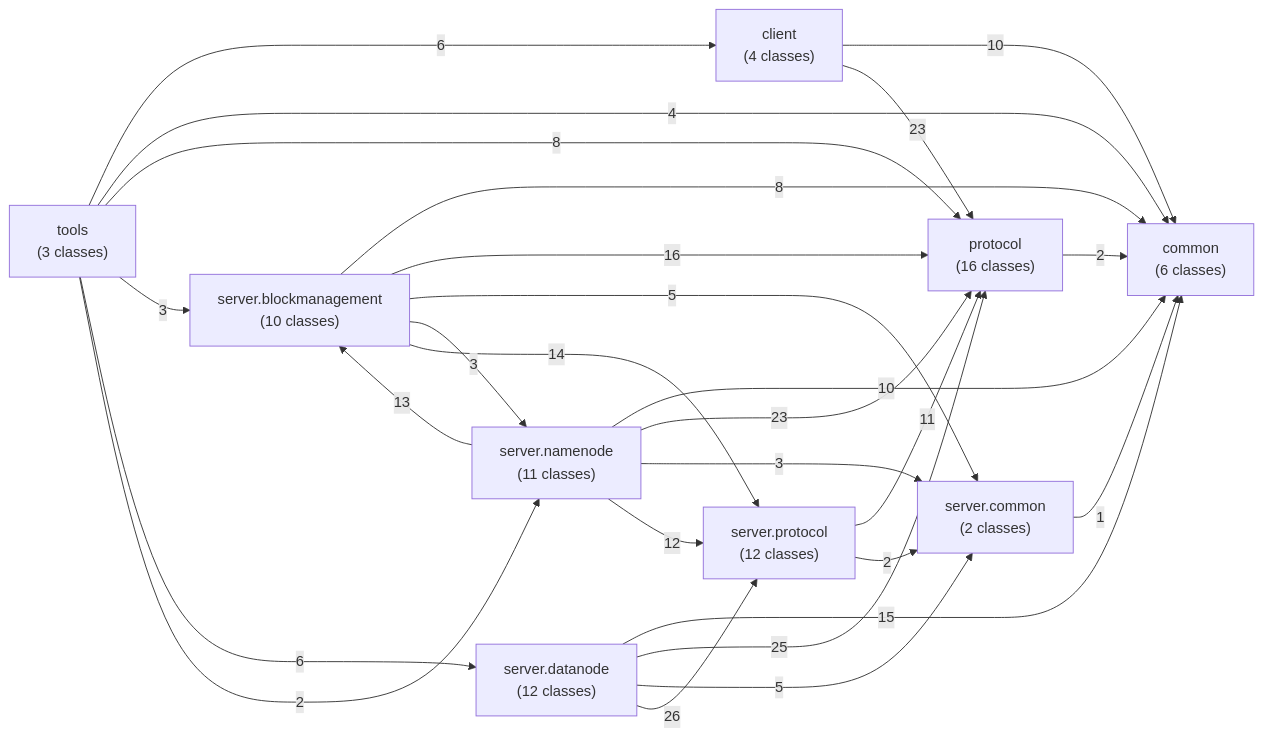
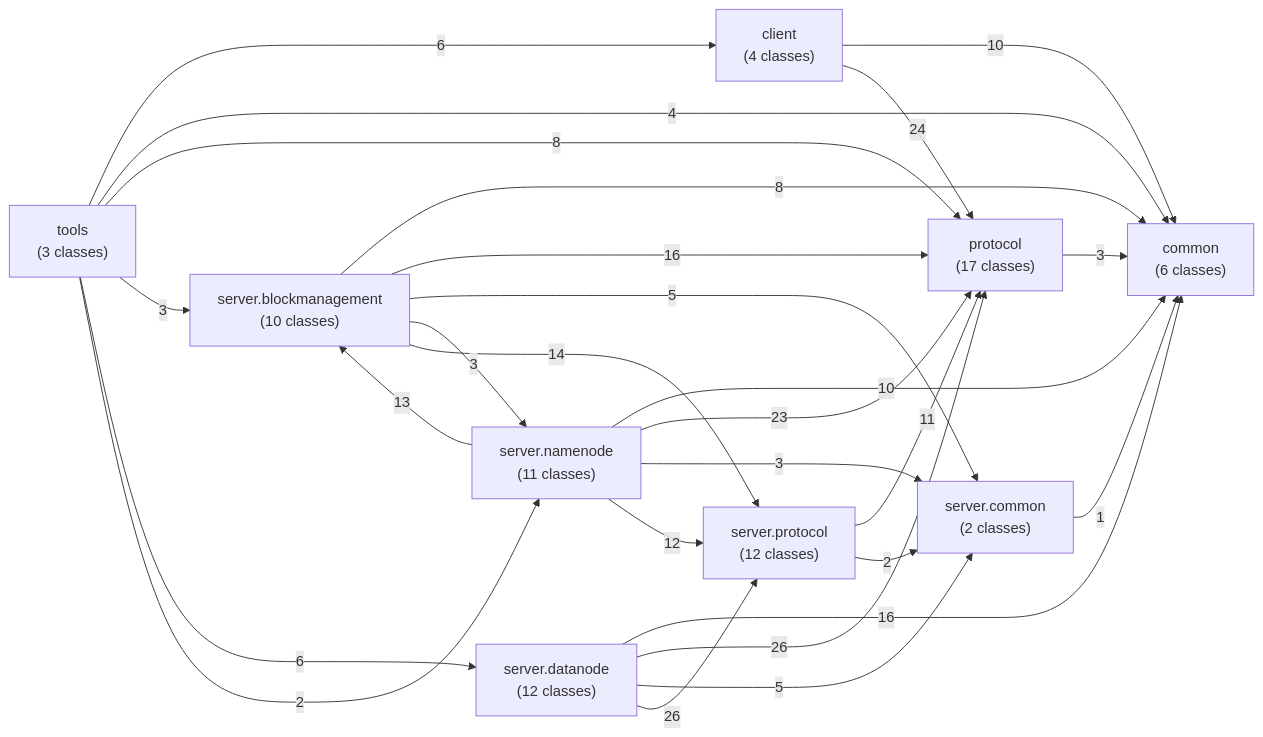
One commit to catothi/edudfs changed the first of 11 diagrams in docs/DEPENDENCIES.md. Above: the diagram before and after it, drawn with Mermaid. The commit also changed other lines of this file and 6 other files, not shown here.

First line of the commit message:
Docs: EduBase documentation, README section, dependency graphs

````diff
--- a/docs/DEPENDENCIES.md
+++ b/docs/DEPENDENCIES.md
@@ -20,38 +20,38 @@
 ```mermaid
 flowchart LR
     client["client<br/>(4 classes)"]
     common["common<br/>(6 classes)"]
-    protocol["protocol<br/>(16 classes)"]
+    protocol["protocol<br/>(17 classes)"]
     server_blockmanagement["server.blockmanagement<br/>(10 classes)"]
     server_common["server.common<br/>(2 classes)"]
     server_datanode["server.datanode<br/>(12 classes)"]
     server_namenode["server.namenode<br/>(11 classes)"]
     server_protocol["server.protocol<br/>(12 classes)"]
     tools["tools<br/>(3 classes)"]
     client -- 10 --> common
-    client -- 23 --> protocol
-    protocol -- 2 --> common
+    client -- 24 --> protocol
+    protocol -- 3 --> common
     server_blockmanagement -- 8 --> common
     server_blockmanagement -- 16 --> protocol
     server_blockmanagement -- 5 --> server_common
     server_blockmanagement -- 3 --> server_namenode
     server_blockmanagement -- 14 --> server_protocol
     server_common -- 1 --> common
-    server_datanode -- 15 --> common
-    server_datanode -- 25 --> protocol
+    server_datanode -- 16 --> common
+    server_datanode -- 26 --> protocol
     server_datanode -- 5 --> server_common
     server_datanode -- 26 --> server_protocol
     server_namenode -- 10 --> common
     server_namenode -- 23 --> protocol
     server_namenode -- 13 --> server_blockmanagement
     server_namenode -- 3 --> server_common
     server_namenode -- 12 --> server_protocol
     server_protocol -- 11 --> protocol
     server_protocol -- 2 --> server_common
     tools -- 6 --> client
     tools -- 4 --> common
     tools -- 8 --> protocol
     tools -- 3 --> server_blockmanagement
     tools -- 6 --> server_datanode
     tools -- 2 --> server_namenode
 ```
````
